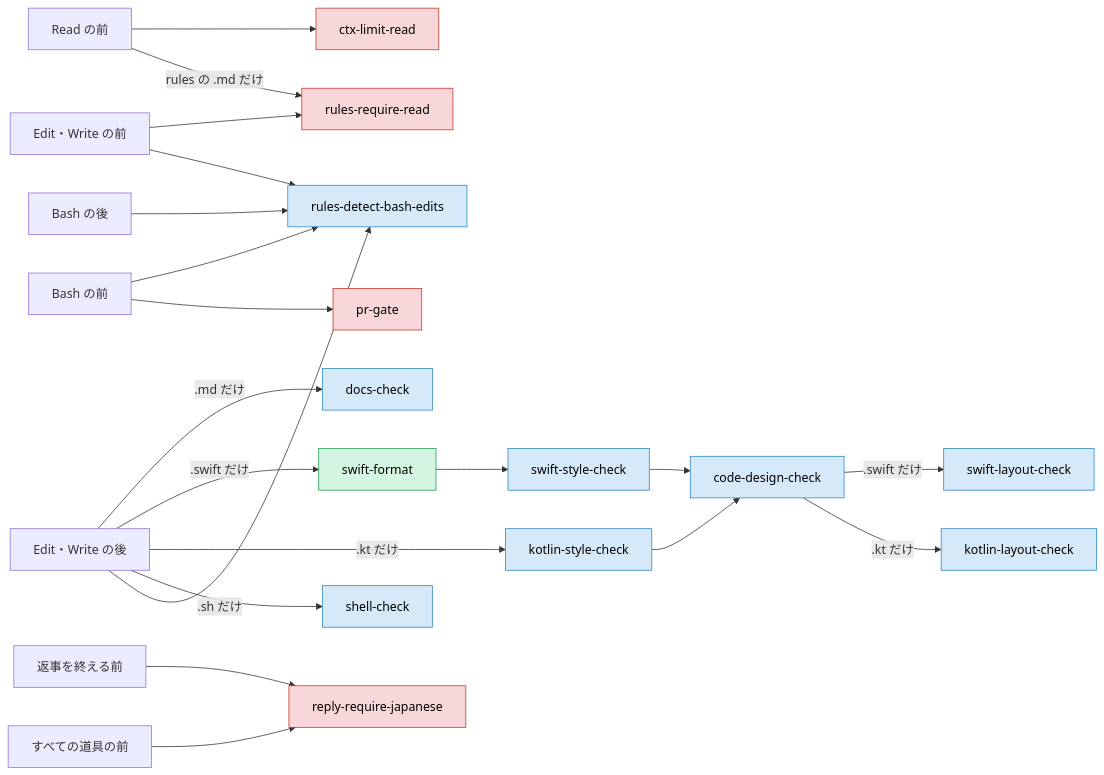
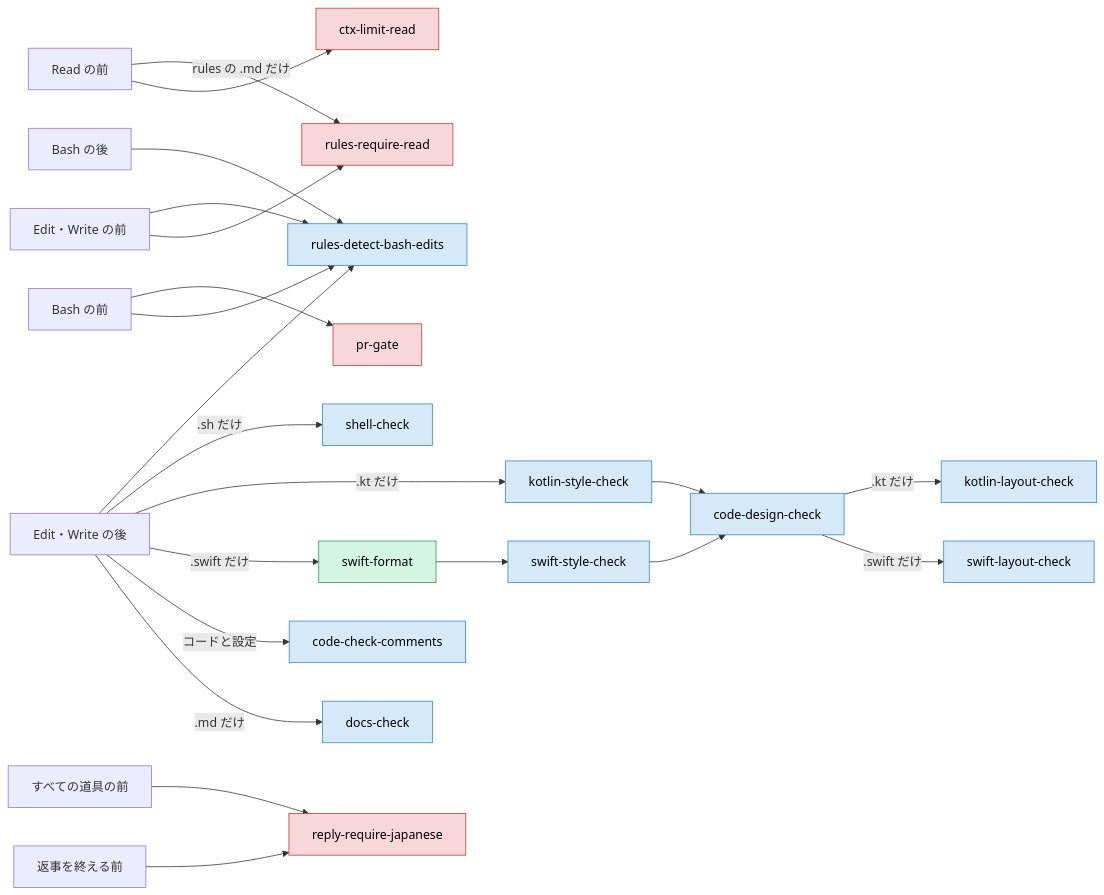
One commit to yossibank/claude-config changed the diagram in docs/usage/components.md. Above: the diagram before and after it, drawn with Mermaid. The commit also changed other lines of this file and 39 other files, not shown here.

First line of the commit message:
feat: stop code comments with a hook and in the audit (#213)

````diff
--- a/docs/usage/components.md
+++ b/docs/usage/components.md
@@ -36,29 +36,30 @@
 ```mermaid
 flowchart LR
     readBefore["Read の前"] --> limit["ctx-limit-read"]
     readBefore -->|rules の .md だけ| require["rules-require-read"]
     editBefore["Edit・Write の前"] --> require
     editBefore --> detect["rules-detect-bash-edits"]
     editAfter["Edit・Write の後"] -->|.md だけ| docs["docs-check"]
+    editAfter -->|コードと設定| comments["code-check-comments"]
     editAfter -->|.swift だけ| swift["swift-format"]
     swift --> swiftStyle["swift-style-check"]
     swiftStyle --> design["code-design-check"]
     design -->|.swift だけ| layout["swift-layout-check"]
     editAfter -->|.kt だけ| kotlinStyle["kotlin-style-check"]
     kotlinStyle --> design
     design -->|.kt だけ| kotlinLayout["kotlin-layout-check"]
     editAfter -->|.sh だけ| shell["shell-check"]
     editAfter --> detect
     bashBefore["Bash の前"] --> detect
     bashBefore --> gate["pr-gate"]
     bashAfter["Bash の後"] --> detect
     stop["返事を終える前"] --> japanese["reply-require-japanese"]
     toolBefore["すべての道具の前"] --> japanese
 
     classDef block fill:#f8d7da,stroke:#c0392b,color:#000
     classDef inform fill:#d6e9f8,stroke:#2e86c1,color:#000
     classDef tidy fill:#d5f5e3,stroke:#239b56,color:#000
     class limit,require,gate,japanese block
-    class design,docs,kotlinLayout,kotlinStyle,layout,swiftStyle,shell,detect inform
+    class comments,design,docs,kotlinLayout,kotlinStyle,layout,swiftStyle,shell,detect inform
     class swift tidy
 ```
````
